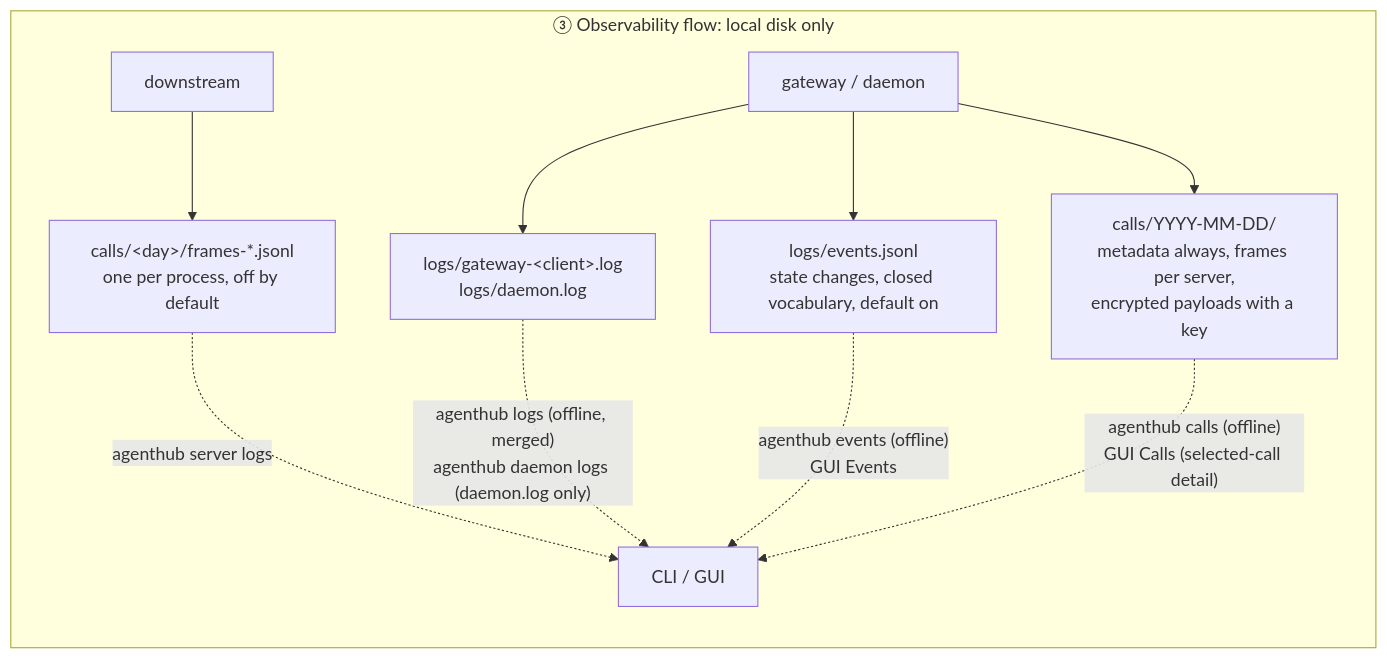
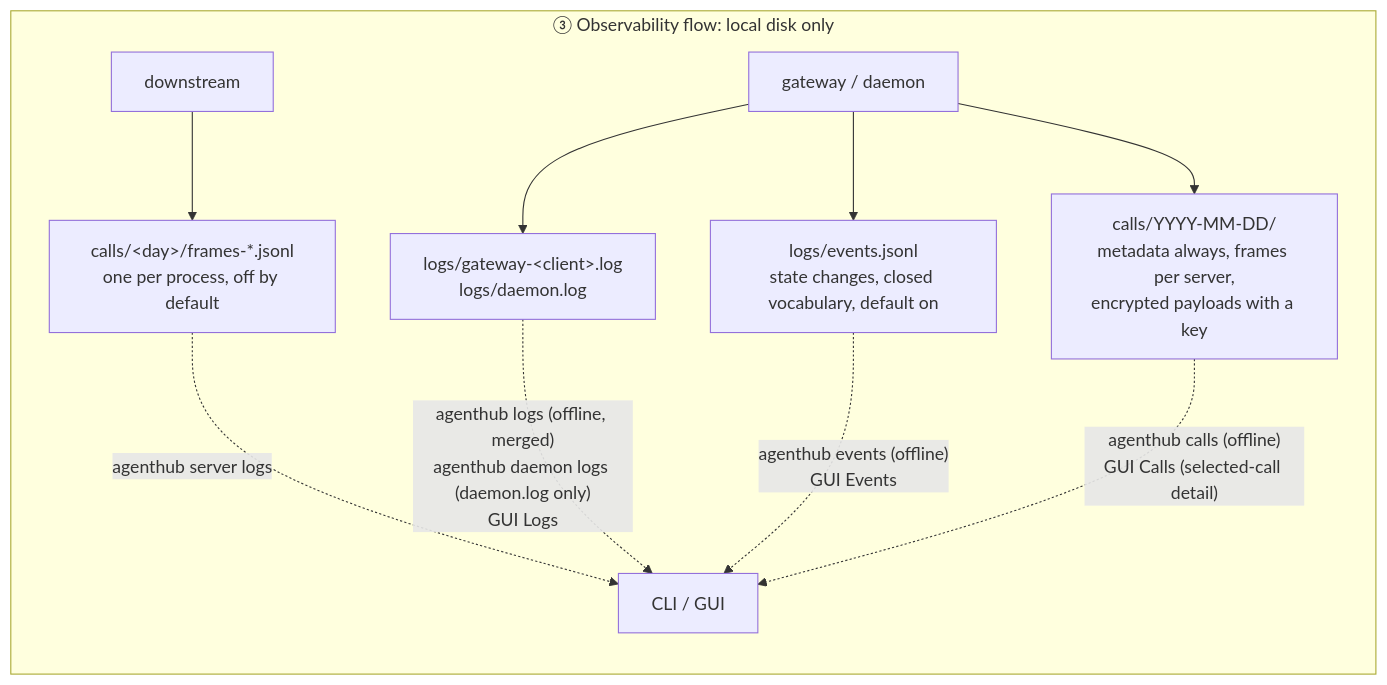
Before and after one commit to dinstein/agent-hub: the sixth of 8 diagrams in docs/architecture.md, drawn with Mermaid. The commit also changed 7 other files, not shown here.

````diff
--- a/docs/architecture.md
+++ b/docs/architecture.md
@@ -264,13 +264,13 @@
 ```mermaid
 flowchart LR
     subgraph obs["③ Observability flow: local disk only"]
         DSX["downstream"] --> A4["calls/&lt;day&gt;/frames-*.jsonl<br/>one per process, off by default"]
         GW["gateway / daemon"] --> A5["logs/gateway-&lt;client&gt;.log<br/>logs/daemon.log"]
         GW --> A7["logs/events.jsonl<br/>state changes, closed vocabulary, default on"]
         GW --> A6["calls/YYYY-MM-DD/<br/>metadata always, frames per server,<br/>encrypted payloads with a key"]
         A4 -.->|"agenthub server logs"| F["CLI / GUI"]
-        A5 -.->|"agenthub logs (offline, merged)<br/>agenthub daemon logs (daemon.log only)"| F
+        A5 -.->|"agenthub logs (offline, merged)<br/>agenthub daemon logs (daemon.log only)<br/>GUI Logs"| F
         A7 -.->|"agenthub events (offline)<br/>GUI Events"| F
         A6 -.->|"agenthub calls (offline)<br/>GUI Calls (selected-call detail)"| F
     end
 ```
````
